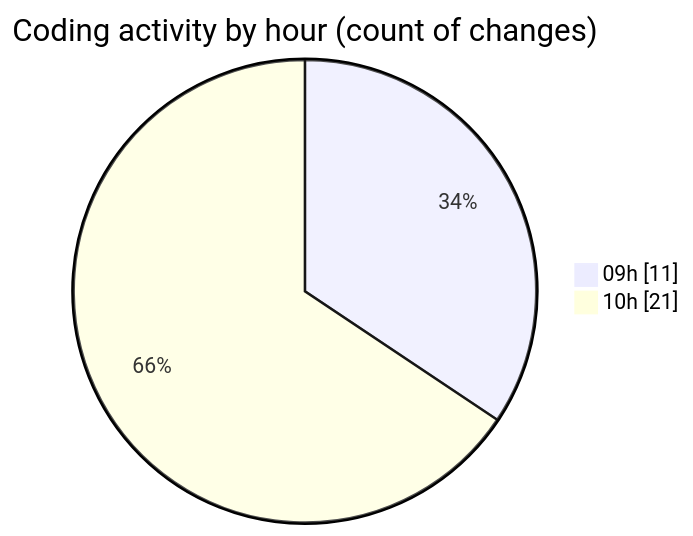
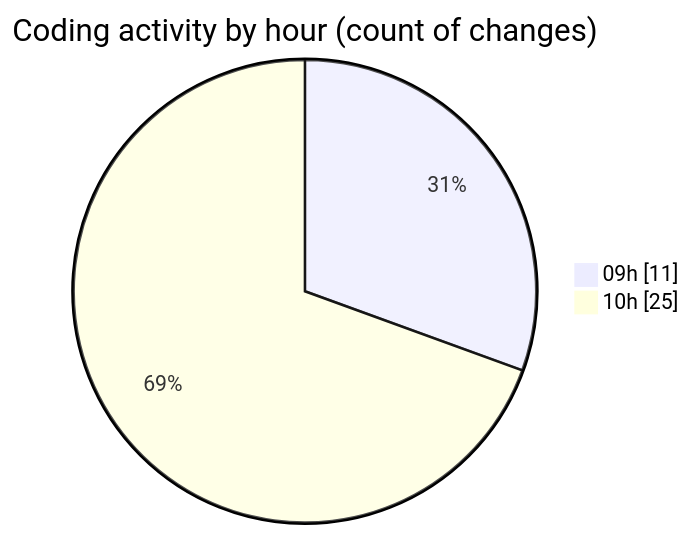
One commit to CELIANVF/code-tracking changed the second of 2 diagrams in 2025-05-27/ecodeli-1/README.md. Above: the diagram before and after it, drawn with Mermaid. The commit also changed other lines of this file and 1 other file, not shown here.

````diff
--- a/2025-05-27/ecodeli-1/README.md
+++ b/2025-05-27/ecodeli-1/README.md
@@ -39,6 +41,6 @@
 ```mermaid
 pie showData
 title Coding activity by hour (count of changes)
 "09h" : 11
-"10h" : 21
+"10h" : 25
 ```
````
